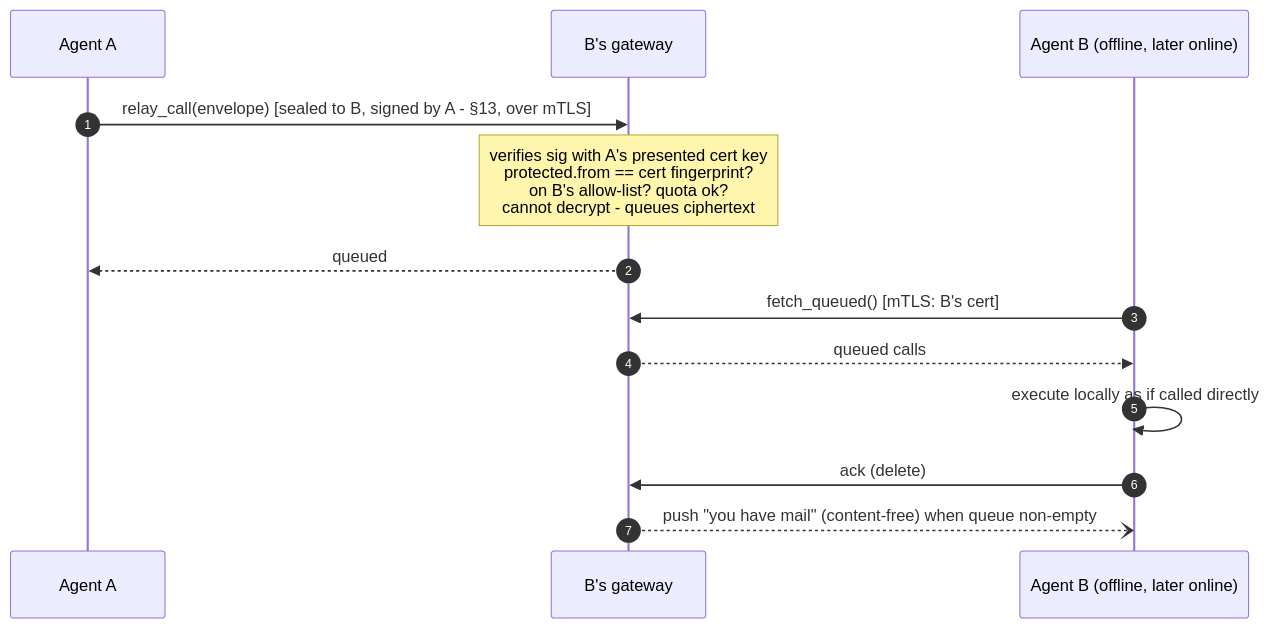
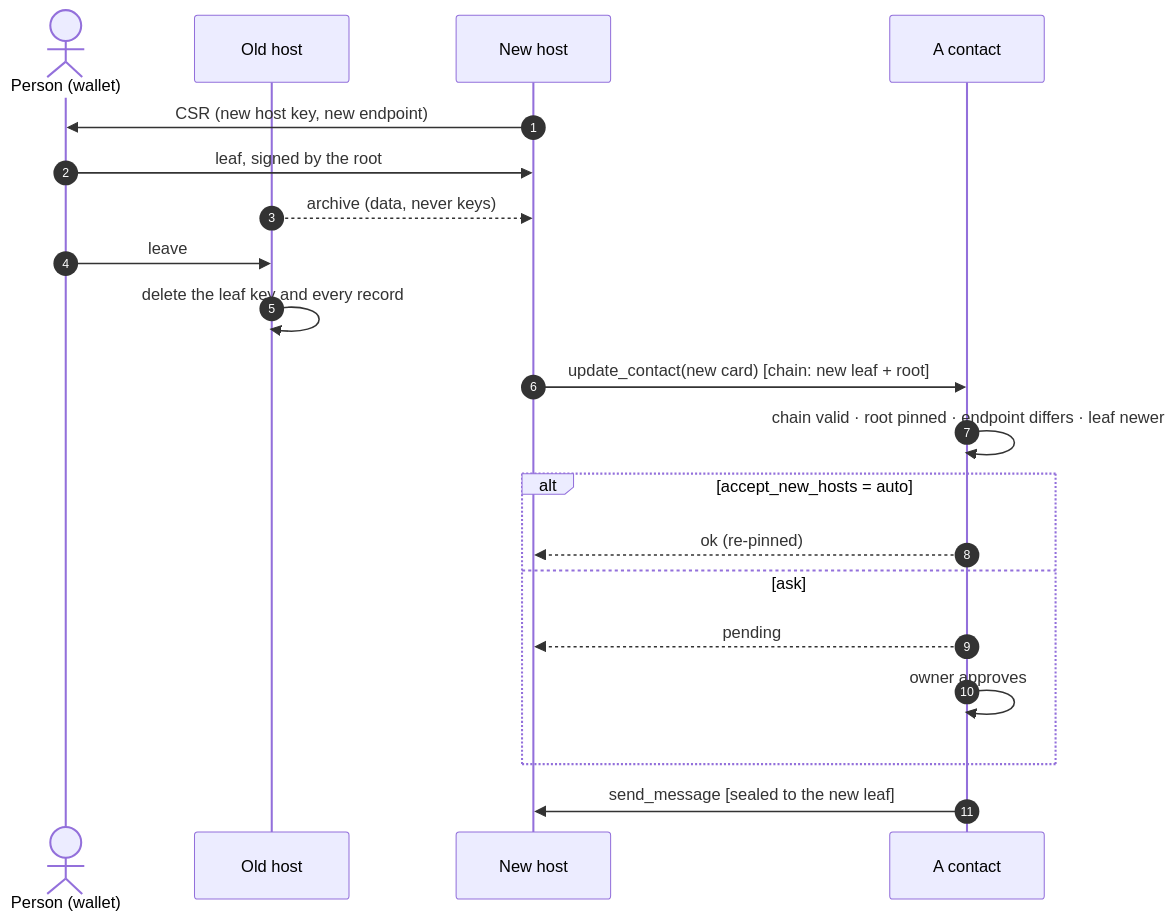
The eighth of 9 diagrams in SPEC.md (humandelegatedtrustprotocol/hdtp-spec), drawn with Mermaid before and after one commit. The commit also changed other lines of this file and 2 other files, not shown here.

````diff
--- a/SPEC.md
+++ b/SPEC.md
@@ -393,16 +401,22 @@
 ```mermaid
 sequenceDiagram
     autonumber
-    participant AA as Agent A
-    participant GW as B's gateway
-    participant AB as Agent B (offline, later online)
-
-    AA->>GW: relay_call(envelope)  [sealed to B, signed by A - §13, over mTLS]
-    Note over GW: verifies sig with A's presented cert key<br/>protected.from == cert fingerprint?<br/>on B's allow-list? quota ok?<br/>cannot decrypt - queues ciphertext
-    GW-->>AA: queued
-    AB->>GW: fetch_queued()  [mTLS: B's cert]
-    GW-->>AB: queued calls
-    AB->>AB: execute locally as if called directly
-    AB->>GW: ack (delete)
-    GW--)AB: push "you have mail" (content-free) when queue non-empty
+    actor P as Person (wallet)
+    participant O as Old host
+    participant N as New host
+    participant C as A contact
+    N->>P: CSR (new host key, new endpoint)
+    P->>N: leaf, signed by the root
+    O-->>N: archive (data, never keys)
+    P->>O: leave
+    O->>O: delete the leaf key and every record
+    N->>C: update_contact(new card)  [chain: new leaf + root]
+    C->>C: chain valid · root pinned · endpoint differs · leaf newer
+    alt accept_new_hosts = auto
+        C-->>N: ok (re-pinned)
+    else ask
+        C-->>N: pending
+        C->>C: owner approves
+    end
+    C->>N: send_message  [sealed to the new leaf]
 ```
````
